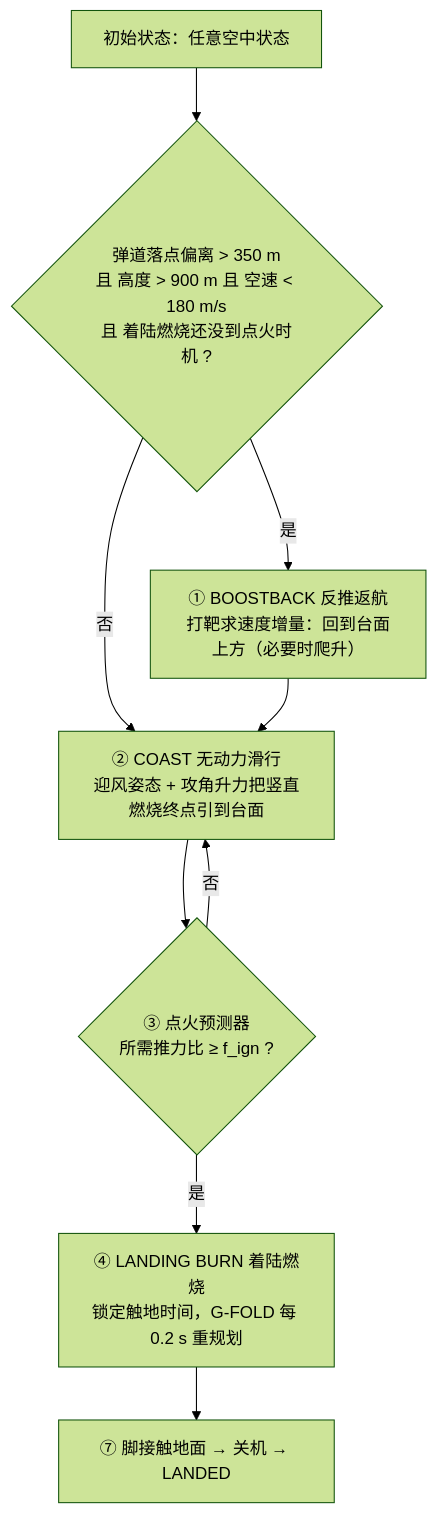
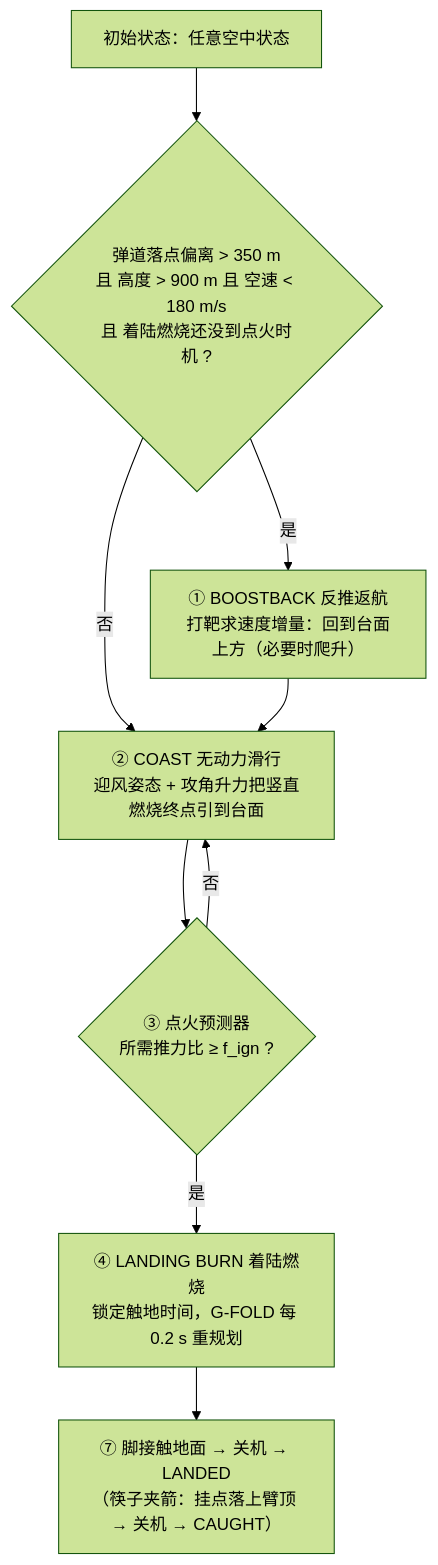
The diagram in README.md (SpringMomu/GFOLD-Rocket-Recovery-Simulation), drawn with Mermaid (forest theme) before and after one commit. The commit also changed other lines of this file and 16 other files, not shown here.

````diff
--- a/README.md
+++ b/README.md
@@ -82,11 +83,11 @@
 ```mermaid
 flowchart TD
     A["初始状态：任意空中状态"] --> B{"弹道落点偏离 &gt; 350 m<br/>且 高度 &gt; 900 m 且 空速 &lt; 180 m/s<br/>且 着陆燃烧还没到点火时机 ?"}
     B -- 是 --> C["① BOOSTBACK 反推返航<br/>打靶求速度增量：回到台面上方（必要时爬升）"]
     B -- 否 --> D
     C --> D["② COAST 无动力滑行<br/>迎风姿态 + 攻角升力把竖直燃烧终点引到台面"]
     D --> E{"③ 点火预测器<br/>所需推力比 ≥ f_ign ?"}
     E -- 否 --> D
     E -- 是 --> F["④ LANDING BURN 着陆燃烧<br/>锁定触地时间，G-FOLD 每 0.2 s 重规划"]
-    F --> G["⑦ 脚接触地面 → 关机 → LANDED"]
+    F --> G["⑦ 脚接触地面 → 关机 → LANDED<br/>（筷子夹箭：挂点落上臂顶 → 关机 → CAUGHT）"]
 ```
````
